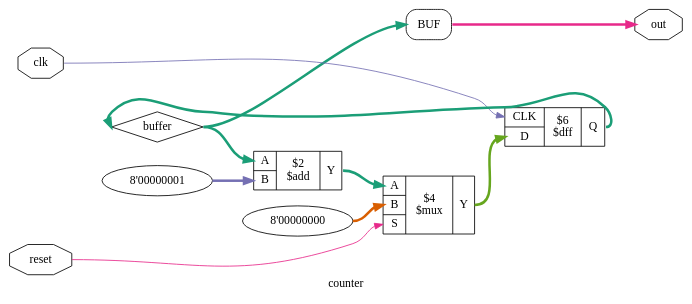
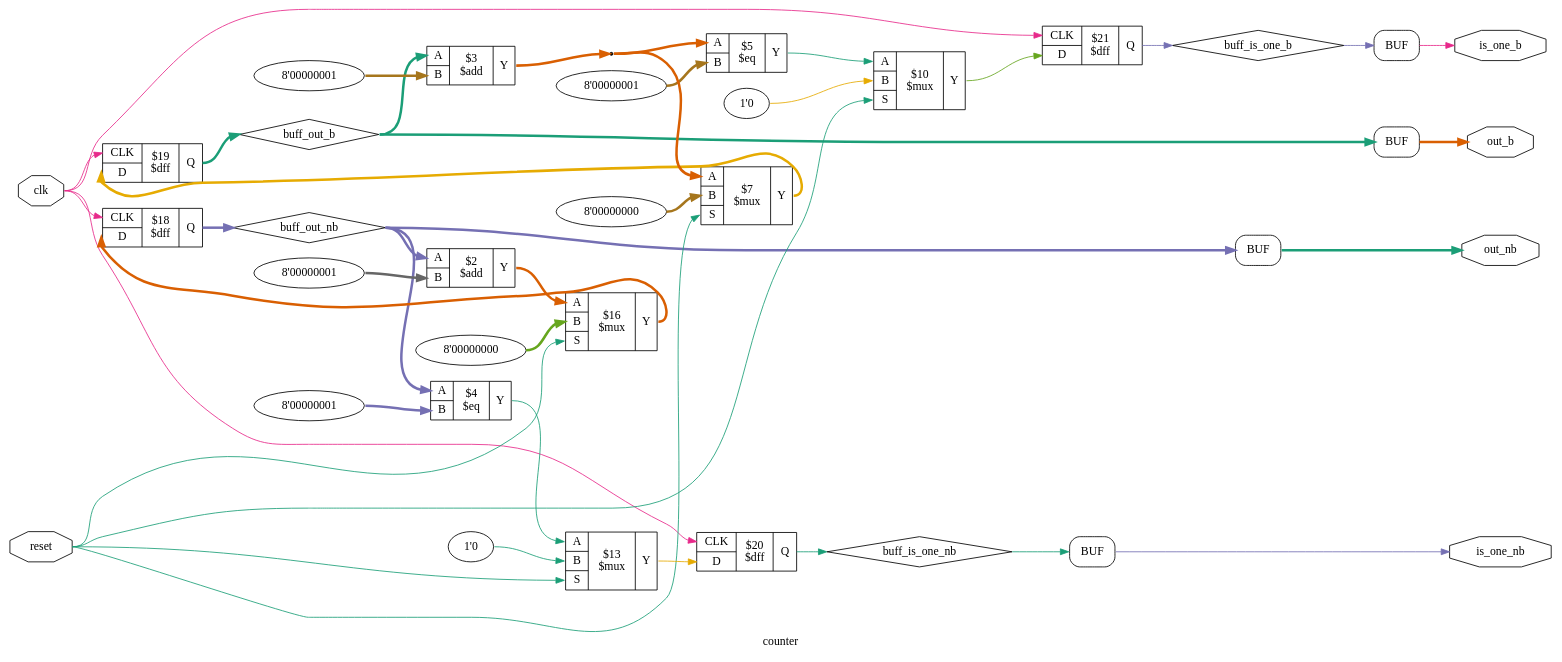
Before and after one commit to mateibarbu19/digital-computers-1: the diagram in resources/non-blocking/schematic.dot, drawn with Graphviz. The commit also changed 9 other files, not shown here.

```diff
--- a/resources/non-blocking/schematic.dot
+++ b/resources/non-blocking/schematic.dot
@@ -1,27 +1,83 @@
 digraph "counter" {
 label="counter";
 rankdir="LR";
 remincross=true;
-n3 [ shape=diamond, label="buffer", color="black", fontcolor="black" ];
-n4 [ shape=octagon, label="clk", color="black", fontcolor="black" ];
-n5 [ shape=octagon, label="out", color="black", fontcolor="black" ];
-n6 [ shape=octagon, label="reset", color="black", fontcolor="black" ];
-{ rank="source"; n4; n6;}
-{ rank="sink"; n5;}
+n9 [ shape=diamond, label="buff_is_one_b", color="black", fontcolor="black" ];
+n10 [ shape=diamond, label="buff_is_one_nb", color="black", fontcolor="black" ];
+n11 [ shape=diamond, label="buff_out_b", color="black", fontcolor="black" ];
+n12 [ shape=diamond, label="buff_out_nb", color="black", fontcolor="black" ];
+n13 [ shape=octagon, label="clk", color="black", fontcolor="black" ];
+n14 [ shape=octagon, label="is_one_b", color="black", fontcolor="black" ];
+n15 [ shape=octagon, label="is_one_nb", color="black", fontcolor="black" ];
+n16 [ shape=octagon, label="out_b", color="black", fontcolor="black" ];
+n17 [ shape=octagon, label="out_nb", color="black", fontcolor="black" ];
+n18 [ shape=octagon, label="reset", color="black", fontcolor="black" ];
+{ rank="source"; n13; n18;}
+{ rank="sink"; n14; n15; n16; n17;}
 v0 [ label="8'00000001" ];
-c10 [ shape=record, label="{{<p7> A|<p8> B}|$2\n$add|{<p9> Y}}" ];
-c14 [ shape=record, label="{{<p11> CLK|<p12> D}|$6\n$dff|{<p13> Q}}" ];
-v1 [ label="8'00000000" ];
-c16 [ shape=record, label="{{<p7> A|<p8> B|<p15> S}|$4\n$mux|{<p9> Y}}" ];
-x2 [shape=box, style=rounded, label="BUF"];
-c16:p9:e -> c14:p12:w [colorscheme="dark28", color="5", fontcolor="5", style="setlinewidth(3)", label=""];
-c10:p9:e -> c16:p7:w [colorscheme="dark28", color="1", fontcolor="1", style="setlinewidth(3)", label=""];
-c14:p13:e -> n3:w [colorscheme="dark28", color="1", fontcolor="1", style="setlinewidth(3)", label=""];
-n3:e -> c10:p7:w [colorscheme="dark28", color="1", fontcolor="1", style="setlinewidth(3)", label=""];
-n3:e -> x2:w:w [colorscheme="dark28", color="1", fontcolor="1", style="setlinewidth(3)", label=""];
-n4:e -> c14:p11:w [colorscheme="dark28", color="3", fontcolor="3", label=""];
-x2:e:e -> n5:w [colorscheme="dark28", color="4", fontcolor="4", style="setlinewidth(3)", label=""];
-n6:e -> c16:p15:w [colorscheme="dark28", color="4", fontcolor="4", label=""];
-v0:e -> c10:p8:w [colorscheme="dark28", color="3", fontcolor="3", style="setlinewidth(3)", label=""];
-v1:e -> c16:p8:w [colorscheme="dark28", color="2", fontcolor="2", style="setlinewidth(3)", label=""];
+c22 [ shape=record, label="{{<p19> A|<p20> B}|$2\n$add|{<p21> Y}}" ];
+v1 [ label="8'00000001" ];
+c23 [ shape=record, label="{{<p19> A|<p20> B}|$3\n$add|{<p21> Y}}" ];
+v2 [ label="8'00000001" ];
+c24 [ shape=record, label="{{<p19> A|<p20> B}|$4\n$eq|{<p21> Y}}" ];
+v3 [ label="8'00000001" ];
+c25 [ shape=record, label="{{<p19> A|<p20> B}|$5\n$eq|{<p21> Y}}" ];
+c29 [ shape=record, label="{{<p26> CLK|<p27> D}|$18\n$dff|{<p28> Q}}" ];
+c30 [ shape=record, label="{{<p26> CLK|<p27> D}|$19\n$dff|{<p28> Q}}" ];
+c31 [ shape=record, label="{{<p26> CLK|<p27> D}|$20\n$dff|{<p28> Q}}" ];
+c32 [ shape=record, label="{{<p26> CLK|<p27> D}|$21\n$dff|{<p28> Q}}" ];
+v4 [ label="1'0" ];
+c34 [ shape=record, label="{{<p19> A|<p20> B|<p33> S}|$10\n$mux|{<p21> Y}}" ];
+v5 [ label="1'0" ];
+c35 [ shape=record, label="{{<p19> A|<p20> B|<p33> S}|$13\n$mux|{<p21> Y}}" ];
+v6 [ label="8'00000000" ];
+c36 [ shape=record, label="{{<p19> A|<p20> B|<p33> S}|$16\n$mux|{<p21> Y}}" ];
+v7 [ label="8'00000000" ];
+c37 [ shape=record, label="{{<p19> A|<p20> B|<p33> S}|$7\n$mux|{<p21> Y}}" ];
+x8 [shape=box, style=rounded, label="BUF"];
+x9 [shape=box, style=rounded, label="BUF"];
+x10 [shape=box, style=rounded, label="BUF"];
+x11 [shape=box, style=rounded, label="BUF"];
+c34:p21:e -> c32:p27:w [colorscheme="dark28", color="5", fontcolor="5", label=""];
+c31:p28:e -> n10:w [colorscheme="dark28", color="1", fontcolor="1", label=""];
+n10:e -> x9:w:w [colorscheme="dark28", color="1", fontcolor="1", label=""];
+c30:p28:e -> n11:w [colorscheme="dark28", color="1", fontcolor="1", style="setlinewidth(3)", label=""];
+n11:e -> c23:p19:w [colorscheme="dark28", color="1", fontcolor="1", style="setlinewidth(3)", label=""];
+n11:e -> x10:w:w [colorscheme="dark28", color="1", fontcolor="1", style="setlinewidth(3)", label=""];
+c29:p28:e -> n12:w [colorscheme="dark28", color="3", fontcolor="3", style="setlinewidth(3)", label=""];
+n12:e -> c22:p19:w [colorscheme="dark28", color="3", fontcolor="3", style="setlinewidth(3)", label=""];
+n12:e -> c24:p19:w [colorscheme="dark28", color="3", fontcolor="3", style="setlinewidth(3)", label=""];
+n12:e -> x11:w:w [colorscheme="dark28", color="3", fontcolor="3", style="setlinewidth(3)", label=""];
+n13:e -> c29:p26:w [colorscheme="dark28", color="4", fontcolor="4", label=""];
+n13:e -> c30:p26:w [colorscheme="dark28", color="4", fontcolor="4", label=""];
+n13:e -> c31:p26:w [colorscheme="dark28", color="4", fontcolor="4", label=""];
+n13:e -> c32:p26:w [colorscheme="dark28", color="4", fontcolor="4", label=""];
+x8:e:e -> n14:w [colorscheme="dark28", color="4", fontcolor="4", label=""];
+x9:e:e -> n15:w [colorscheme="dark28", color="3", fontcolor="3", label=""];
+x10:e:e -> n16:w [colorscheme="dark28", color="2", fontcolor="2", style="setlinewidth(3)", label=""];
+x11:e:e -> n17:w [colorscheme="dark28", color="1", fontcolor="1", style="setlinewidth(3)", label=""];
+n18:e -> c34:p33:w [colorscheme="dark28", color="1", fontcolor="1", label=""];
+n18:e -> c35:p33:w [colorscheme="dark28", color="1", fontcolor="1", label=""];
+n18:e -> c36:p33:w [colorscheme="dark28", color="1", fontcolor="1", label=""];
+n18:e -> c37:p33:w [colorscheme="dark28", color="1", fontcolor="1", label=""];
+c35:p21:e -> c31:p27:w [colorscheme="dark28", color="6", fontcolor="6", label=""];
+c37:p21:e -> c30:p27:w [colorscheme="dark28", color="6", fontcolor="6", style="setlinewidth(3)", label=""];
+c36:p21:e -> c29:p27:w [colorscheme="dark28", color="2", fontcolor="2", style="setlinewidth(3)", label=""];
+c22:p21:e -> c36:p19:w [colorscheme="dark28", color="2", fontcolor="2", style="setlinewidth(3)", label=""];
+n6 [ shape=point ];
+c23:p21:e -> n6:w [colorscheme="dark28", color="2", fontcolor="2", style="setlinewidth(3)", label=""];
+n6:e -> c25:p19:w [colorscheme="dark28", color="2", fontcolor="2", style="setlinewidth(3)", label=""];
+n6:e -> c37:p19:w [colorscheme="dark28", color="2", fontcolor="2", style="setlinewidth(3)", label=""];
+c24:p21:e -> c35:p19:w [colorscheme="dark28", color="1", fontcolor="1", label=""];
+c25:p21:e -> c34:p19:w [colorscheme="dark28", color="1", fontcolor="1", label=""];
+c32:p28:e -> n9:w [colorscheme="dark28", color="3", fontcolor="3", label=""];
+n9:e -> x8:w:w [colorscheme="dark28", color="3", fontcolor="3", label=""];
+v0:e -> c22:p20:w [colorscheme="dark28", color="8", fontcolor="8", style="setlinewidth(3)", label=""];
+v1:e -> c23:p20:w [colorscheme="dark28", color="7", fontcolor="7", style="setlinewidth(3)", label=""];
+v2:e -> c24:p20:w [colorscheme="dark28", color="3", fontcolor="3", style="setlinewidth(3)", label=""];
+v3:e -> c25:p20:w [colorscheme="dark28", color="7", fontcolor="7", style="setlinewidth(3)", label=""];
+v4:e -> c34:p20:w [colorscheme="dark28", color="6", fontcolor="6", label=""];
+v5:e -> c35:p20:w [colorscheme="dark28", color="1", fontcolor="1", label=""];
+v6:e -> c36:p20:w [colorscheme="dark28", color="5", fontcolor="5", style="setlinewidth(3)", label=""];
+v7:e -> c37:p20:w [colorscheme="dark28", color="7", fontcolor="7", style="setlinewidth(3)", label=""];
 }
```
